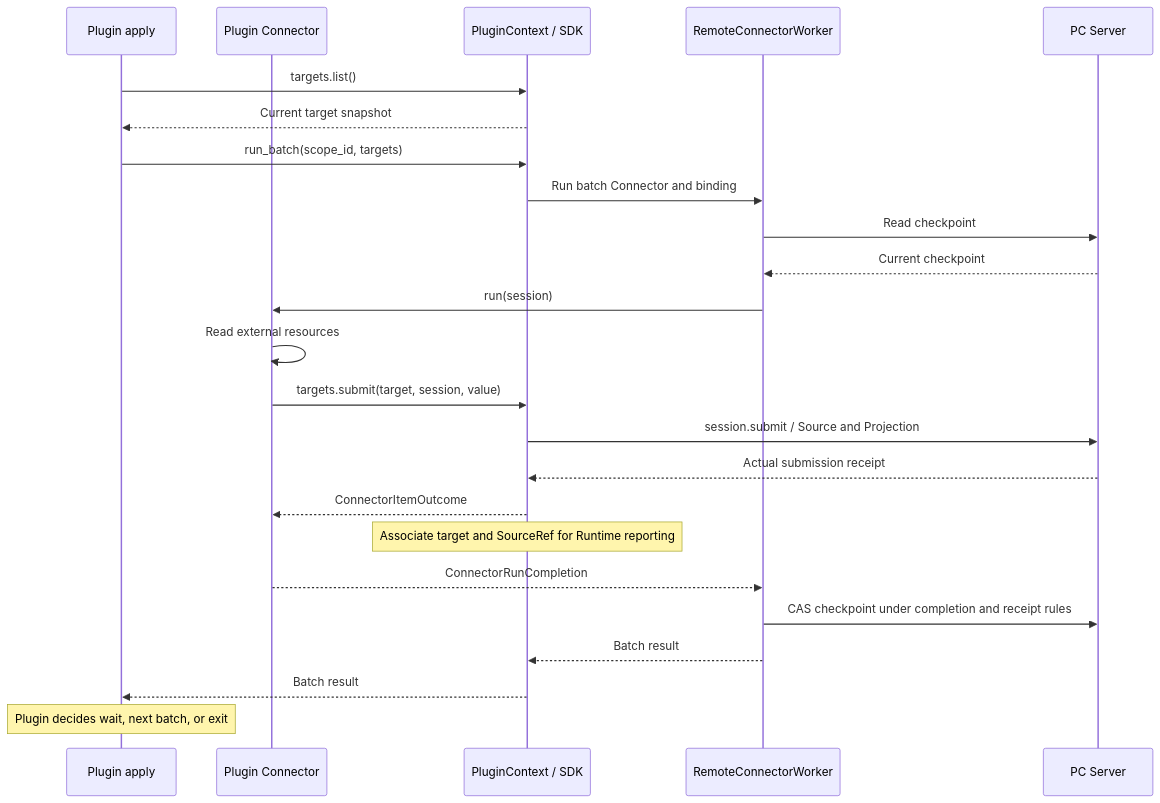
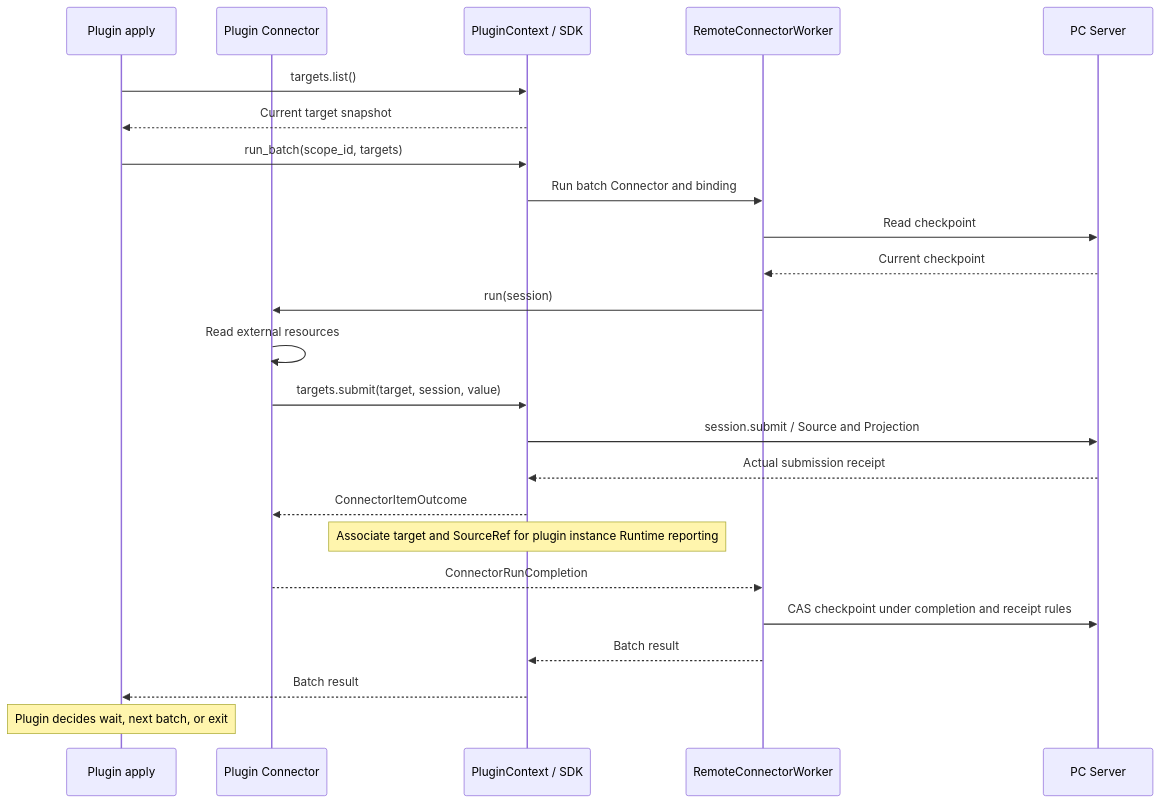
One commit to 2397819368a-oss/powercontext-2026 changed the third of 5 diagrams in docs/en/rfcs/0000-source-plugin-system.md. Above: the diagram before and after it, drawn with Mermaid. The commit also changed other lines of this file and 1 other file, not shown here.

Commit message:
docs(rfc): streamline source plugin proposal

````diff
--- a/docs/en/rfcs/0000-source-plugin-system.md
+++ b/docs/en/rfcs/0000-source-plugin-system.md
@@ -546,26 +265,26 @@
 ```mermaid
 sequenceDiagram
     participant A as Plugin apply
     participant C as Plugin Connector
     participant SDK as PluginContext / SDK
     participant W as RemoteConnectorWorker
     participant S as PC Server
     A->>SDK: targets.list()
     SDK-->>A: Current target snapshot
     A->>SDK: run_batch(scope_id, targets)
     SDK->>W: Run batch Connector and binding
     W->>S: Read checkpoint
     S-->>W: Current checkpoint
     W->>C: run(session)
     C->>C: Read external resources
     C->>SDK: targets.submit(target, session, value)
     SDK->>S: session.submit / Source and Projection
     S-->>SDK: Actual submission receipt
     SDK-->>C: ConnectorItemOutcome
-    Note over SDK: Associate target and SourceRef for Runtime reporting
+    Note over SDK: Associate target and SourceRef for plugin instance Runtime reporting
     C-->>W: ConnectorRunCompletion
     W->>S: CAS checkpoint under completion and receipt rules
     W-->>SDK: Batch result
     SDK-->>A: Batch result
     Note over A: Plugin decides wait, next batch, or exit
 ```
````
